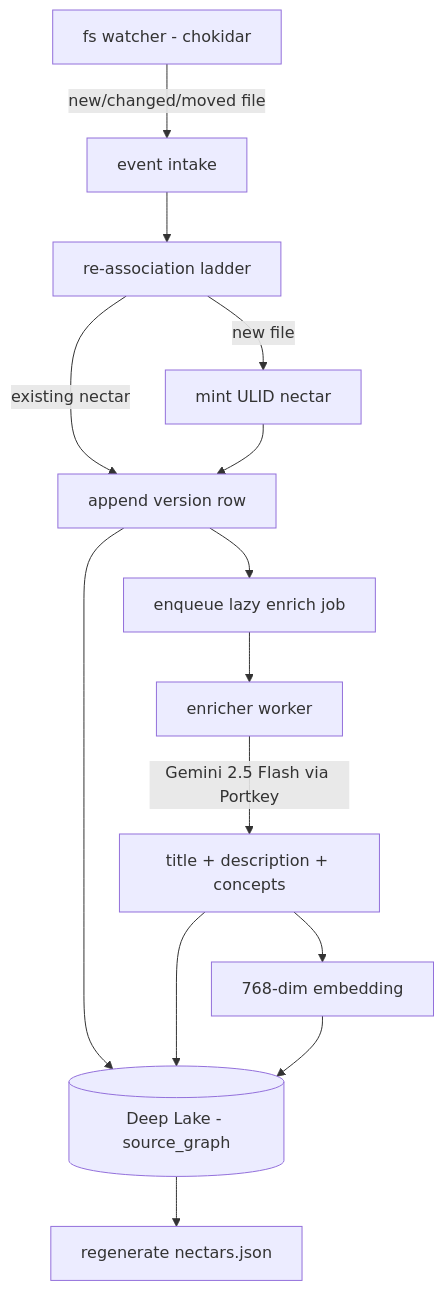
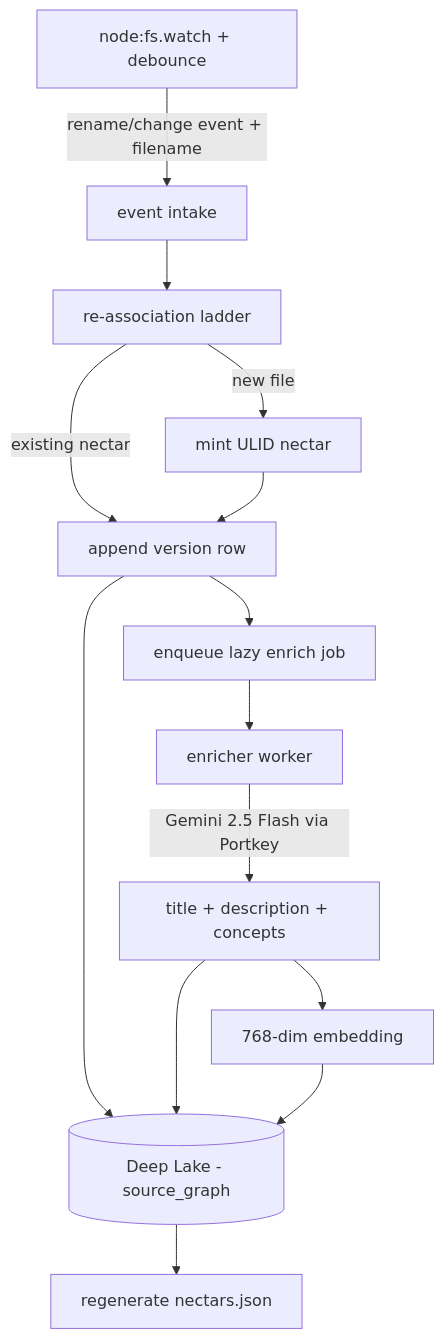
Before and after one commit to legioncodeinc/nectar: the second of 2 diagrams in library/knowledge/private/overview.md, drawn with Mermaid. The commit also changed other lines of this file and 125 other files, not shown here.

````diff
--- a/library/knowledge/private/overview.md
+++ b/library/knowledge/private/overview.md
@@ -82,16 +83,16 @@
 ```mermaid
 flowchart TD
-    watcher[fs watcher - chokidar] -->|new/changed/moved file| intake[event intake]
+    watcher["node:fs.watch + debounce"] -->|"rename/change event + filename"| intake[event intake]
     intake --> assoc[re-association ladder]
     assoc -->|existing nectar| versionAppend[append version row]
     assoc -->|new file| mintNectar[mint ULID nectar]
     mintNectar --> versionAppend
     versionAppend --> queueEnrich[enqueue lazy enrich job]
     queueEnrich --> enricher[enricher worker]
     enricher -->|Gemini 2.5 Flash via Portkey| descMint[title + description + concepts]
     descMint --> embed[768-dim embedding]
     versionAppend --> deeplake[(Deep Lake - source_graph)]
     descMint --> deeplake
     embed --> deeplake
     deeplake --> projection[regenerate nectars.json]
 ```
````
